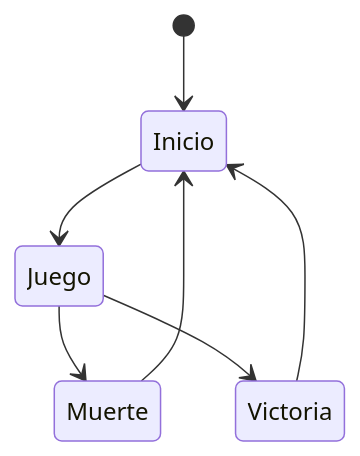
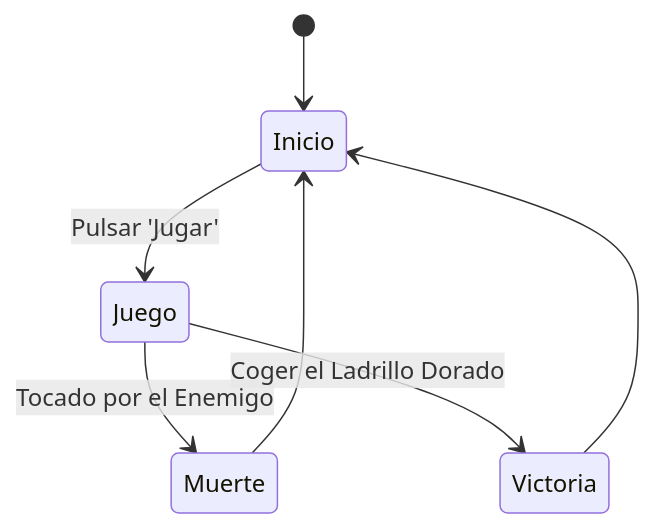
Before and after one commit to narratech/hamelin-base: the diagram in README.md, drawn with Mermaid.

Commit message:
Añadidos comentarios sobre el diagrama

````diff
--- a/README.md
+++ b/README.md
@@ -89,9 +89,9 @@
 ```mermaid
 stateDiagram
     [*] --> Inicio
-    Inicio --> Juego
-    Juego --> Muerte
-    Juego --> Victoria
+    Inicio --> Juego : Pulsar 'Jugar'
+    Juego --> Muerte : Tocado por el Enemigo
+    Juego --> Victoria : Coger el Ladrillo Dorado
     Muerte --> Inicio
     Victoria --> Inicio
 ```
````
